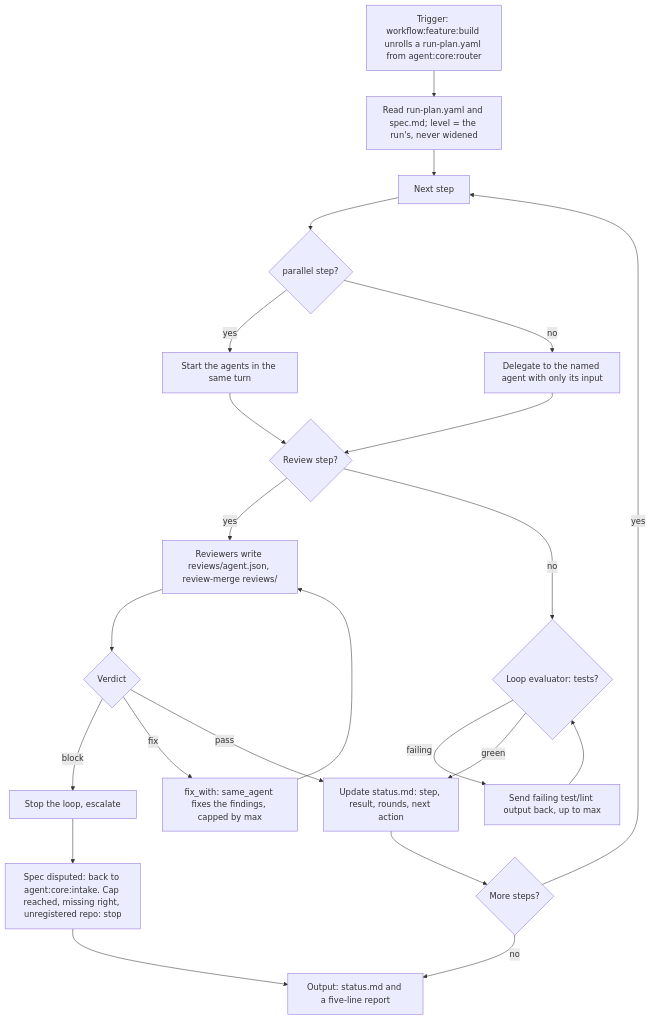
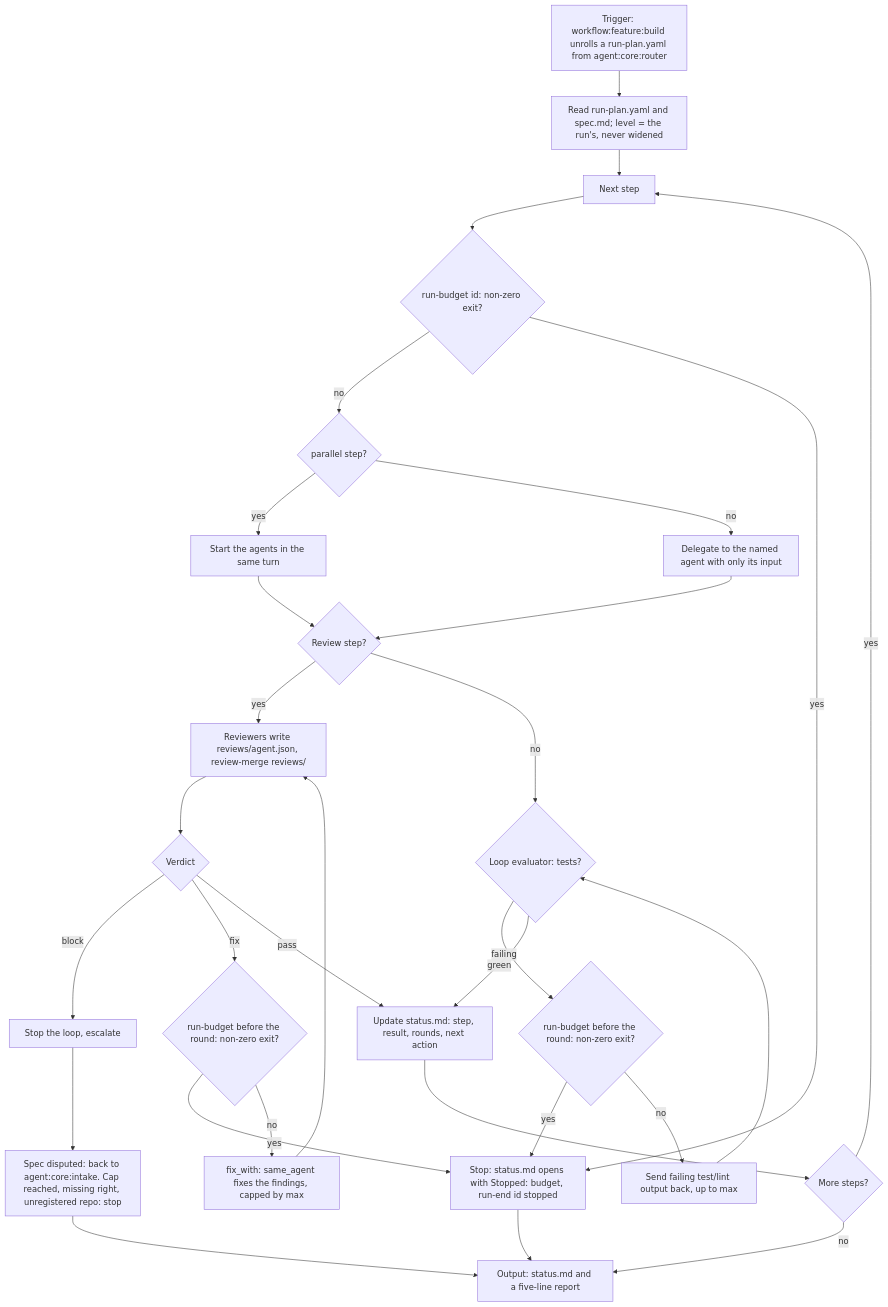
Before and after one commit to nicolasmondain/adorno: the diagram in src/skills/adorno-run-plan/SCHEMA.md, drawn with Mermaid. The commit also changed 27 other files, not shown here.

First line of the commit message:
feat(github): cap a run's cost with max_usd (#48)

````diff
--- a/src/skills/adorno-run-plan/SCHEMA.md
+++ b/src/skills/adorno-run-plan/SCHEMA.md
@@ -3,25 +3,32 @@
 ```mermaid
 flowchart TD
   T["Trigger: workflow:feature:build unrolls a run-plan.yaml from agent:core:router"] --> RD["Read run-plan.yaml and spec.md; level = the run's, never widened"]
   RD --> ST["Next step"]
-  ST --> P{"parallel step?"}
+  ST --> BG{"run-budget id: non-zero exit?"}
+  BG -->|"no"| P{"parallel step?"}
+  BG -->|"yes"| BS["Stop: status.md opens with Stopped: budget, run-end id stopped"]
   P -->|"yes"| PA["Start the agents in the same turn"]
   P -->|"no"| SA["Delegate to the named agent with only its input"]
   PA --> RV
   SA --> RV{"Review step?"}
   RV -->|"yes"| MG["Reviewers write reviews/agent.json, review-merge reviews/"]
   RV -->|"no"| LP{"Loop evaluator: tests?"}
   MG --> VD{"Verdict"}
   VD -->|"block"| ESC["Stop the loop, escalate"]
-  VD -->|"fix"| FX["fix_with: same_agent fixes the findings, capped by max"]
+  VD -->|"fix"| BF{"run-budget before the round: non-zero exit?"}
+  BF -->|"yes"| BS
+  BF -->|"no"| FX["fix_with: same_agent fixes the findings, capped by max"]
   VD -->|"pass"| UP
   FX --> MG
-  LP -->|"failing"| RT["Send failing test/lint output back, up to max"]
+  LP -->|"failing"| BL{"run-budget before the round: non-zero exit?"}
+  BL -->|"yes"| BS
+  BL -->|"no"| RT["Send failing test/lint output back, up to max"]
   RT --> LP
   LP -->|"green"| UP["Update status.md: step, result, rounds, next action"]
   ESC --> IN["Spec disputed: back to agent:core:intake. Cap reached, missing right, unregistered repo: stop"]
   UP --> MORE{"More steps?"}
   MORE -->|"yes"| ST
   MORE -->|"no"| OUT["Output: status.md and a five-line report"]
   IN --> OUT
+  BS --> OUT
 ```
````
